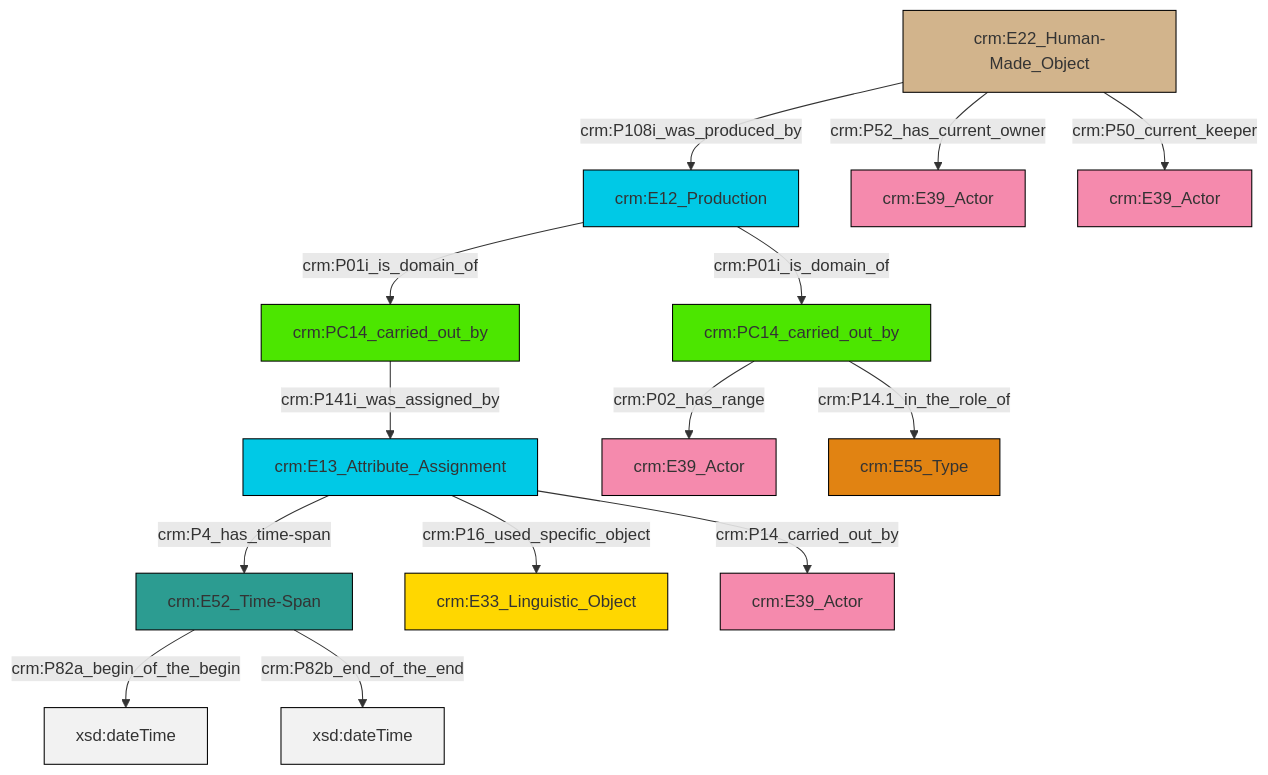
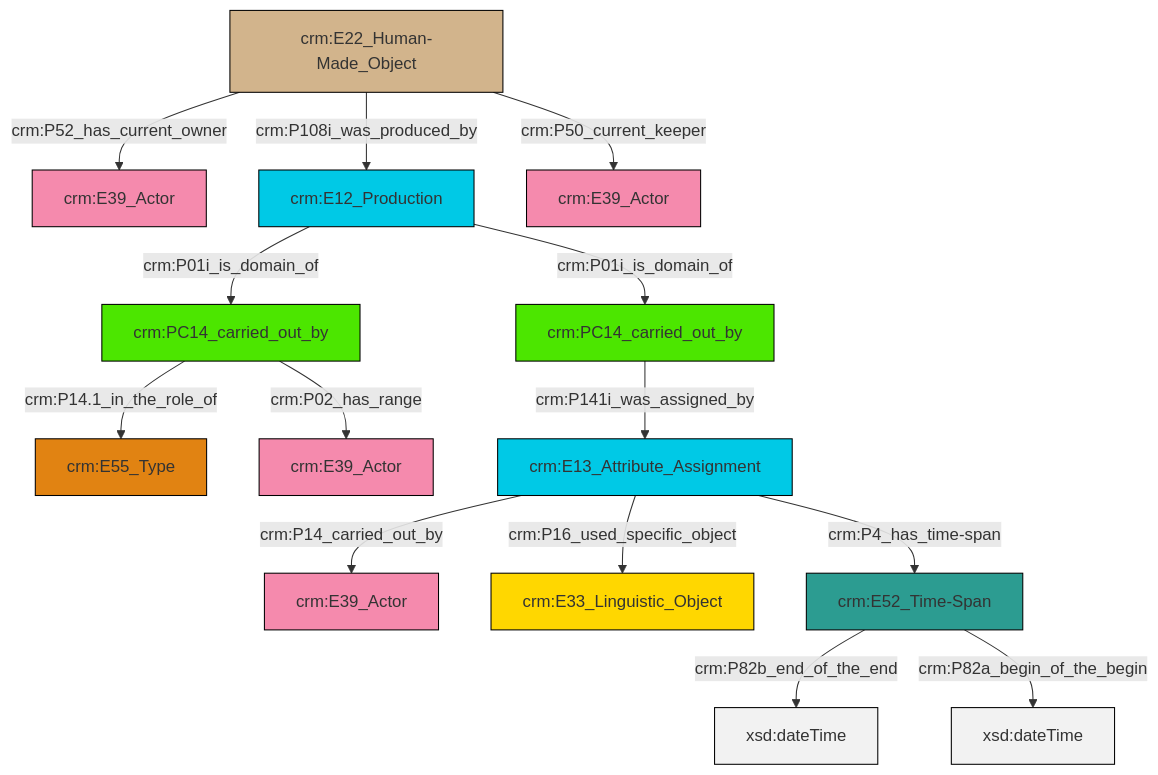
The diagram in et/carrierCSV/ttl/mmd/carrier_relations.ttl.mmd (swiss-art-research-net/docs.swissartresearch), drawn with Mermaid before and after one commit. The commit also changed 177 other files, not shown here.

```diff
--- a/et/carrierCSV/ttl/mmd/carrier_relations.ttl.mmd
+++ b/et/carrierCSV/ttl/mmd/carrier_relations.ttl.mmd
@@ -1,28 +1,28 @@
 graph TD
 classDef Literal fill:#f2f2f2,stroke:#000000;
 classDef CRM_Entity fill:#FFFFFF,stroke:#000000;
 classDef Temporal_Entity fill:#00C9E6, stroke:#000000;
 classDef Type fill:#E18312, stroke:#000000;
 classDef Time-Span fill:#2C9C91, stroke:#000000;
 classDef Appellation fill:#FFEB7F, stroke:#000000;
 classDef Place fill:#008836, stroke:#000000;
 classDef Persistent_Item fill:#B266B2, stroke:#000000;
 classDef Conceptual_Object fill:#FFD700, stroke:#000000;
 classDef Physical_Thing fill:#D2B48C, stroke:#000000;
 classDef Actor fill:#f58aad, stroke:#000000;
 classDef PC_Classes fill:#4ce600, stroke:#000000;
 classDef Multi fill:#cccccc,stroke:#000000;
 
-4["crm:E13_Attribute_Assignment"]:::Temporal_Entity -->|crm:P4_has_time-span| 5["crm:E52_Time-Span"]:::Time-Span
-8["crm:PC14_carried_out_by"]:::PC_Classes -->|crm:P14.1_in_the_role_of| 9["crm:E55_Type"]:::Type
-0["crm:E12_Production"]:::Temporal_Entity -->|crm:P01i_is_domain_of| 11["crm:PC14_carried_out_by"]:::PC_Classes
-8["crm:PC14_carried_out_by"]:::PC_Classes -->|crm:P02_has_range| 6["crm:E39_Actor"]:::Actor
-5["crm:E52_Time-Span"]:::Time-Span -->|crm:P82a_begin_of_the_begin| 17[xsd:dateTime]:::Literal
-4["crm:E13_Attribute_Assignment"]:::Temporal_Entity -->|crm:P16_used_specific_object| 18["crm:E33_Linguistic_Object"]:::Conceptual_Object
-11["crm:PC14_carried_out_by"]:::PC_Classes -->|crm:P141i_was_assigned_by| 4["crm:E13_Attribute_Assignment"]:::Temporal_Entity
-13["crm:E22_Human-Made_Object"]:::Physical_Thing -->|crm:P50_current_keeper| 15["crm:E39_Actor"]:::Actor
-13["crm:E22_Human-Made_Object"]:::Physical_Thing -->|crm:P52_has_current_owner| 2["crm:E39_Actor"]:::Actor
-5["crm:E52_Time-Span"]:::Time-Span -->|crm:P82b_end_of_the_end| 23[xsd:dateTime]:::Literal
-4["crm:E13_Attribute_Assignment"]:::Temporal_Entity -->|crm:P14_carried_out_by| 24["crm:E39_Actor"]:::Actor
-0["crm:E12_Production"]:::Temporal_Entity -->|crm:P01i_is_domain_of| 8["crm:PC14_carried_out_by"]:::PC_Classes
-13["crm:E22_Human-Made_Object"]:::Physical_Thing -->|crm:P108i_was_produced_by| 0["crm:E12_Production"]:::Temporal_Entity
+8["crm:E13_Attribute_Assignment"]:::Temporal_Entity -->|crm:P14_carried_out_by| 9["crm:E39_Actor"]:::Actor
+6["crm:E52_Time-Span"]:::Time-Span -->|crm:P82b_end_of_the_end| 15[xsd:dateTime]:::Literal
+17["crm:PC14_carried_out_by"]:::PC_Classes -->|crm:P141i_was_assigned_by| 8["crm:E13_Attribute_Assignment"]:::Temporal_Entity
+18["crm:E12_Production"]:::Temporal_Entity -->|crm:P01i_is_domain_of| 4["crm:PC14_carried_out_by"]:::PC_Classes
+2["crm:E22_Human-Made_Object"]:::Physical_Thing -->|crm:P52_has_current_owner| 12["crm:E39_Actor"]:::Actor
+4["crm:PC14_carried_out_by"]:::PC_Classes -->|crm:P14.1_in_the_role_of| 19["crm:E55_Type"]:::Type
+18["crm:E12_Production"]:::Temporal_Entity -->|crm:P01i_is_domain_of| 17["crm:PC14_carried_out_by"]:::PC_Classes
+4["crm:PC14_carried_out_by"]:::PC_Classes -->|crm:P02_has_range| 0["crm:E39_Actor"]:::Actor
+8["crm:E13_Attribute_Assignment"]:::Temporal_Entity -->|crm:P16_used_specific_object| 21["crm:E33_Linguistic_Object"]:::Conceptual_Object
+8["crm:E13_Attribute_Assignment"]:::Temporal_Entity -->|crm:P4_has_time-span| 6["crm:E52_Time-Span"]:::Time-Span
+6["crm:E52_Time-Span"]:::Time-Span -->|crm:P82a_begin_of_the_begin| 24[xsd:dateTime]:::Literal
+2["crm:E22_Human-Made_Object"]:::Physical_Thing -->|crm:P108i_was_produced_by| 18["crm:E12_Production"]:::Temporal_Entity
+2["crm:E22_Human-Made_Object"]:::Physical_Thing -->|crm:P50_current_keeper| 10["crm:E39_Actor"]:::Actor
```
